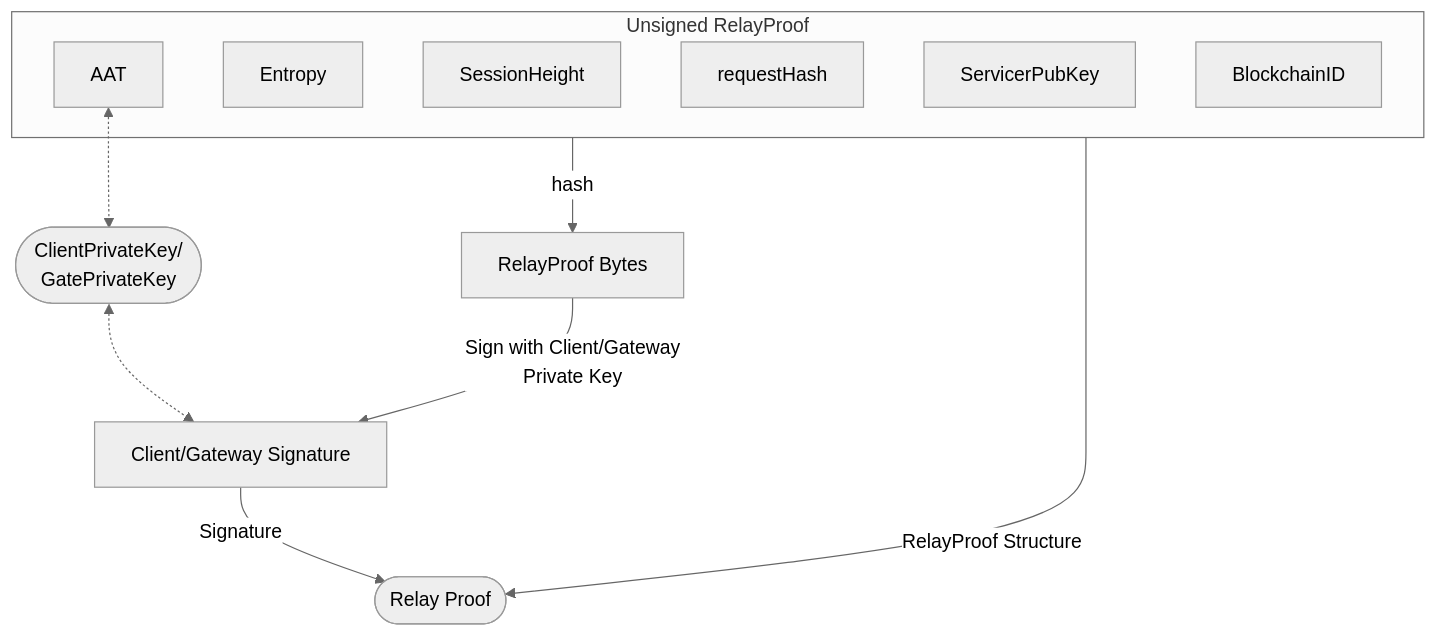
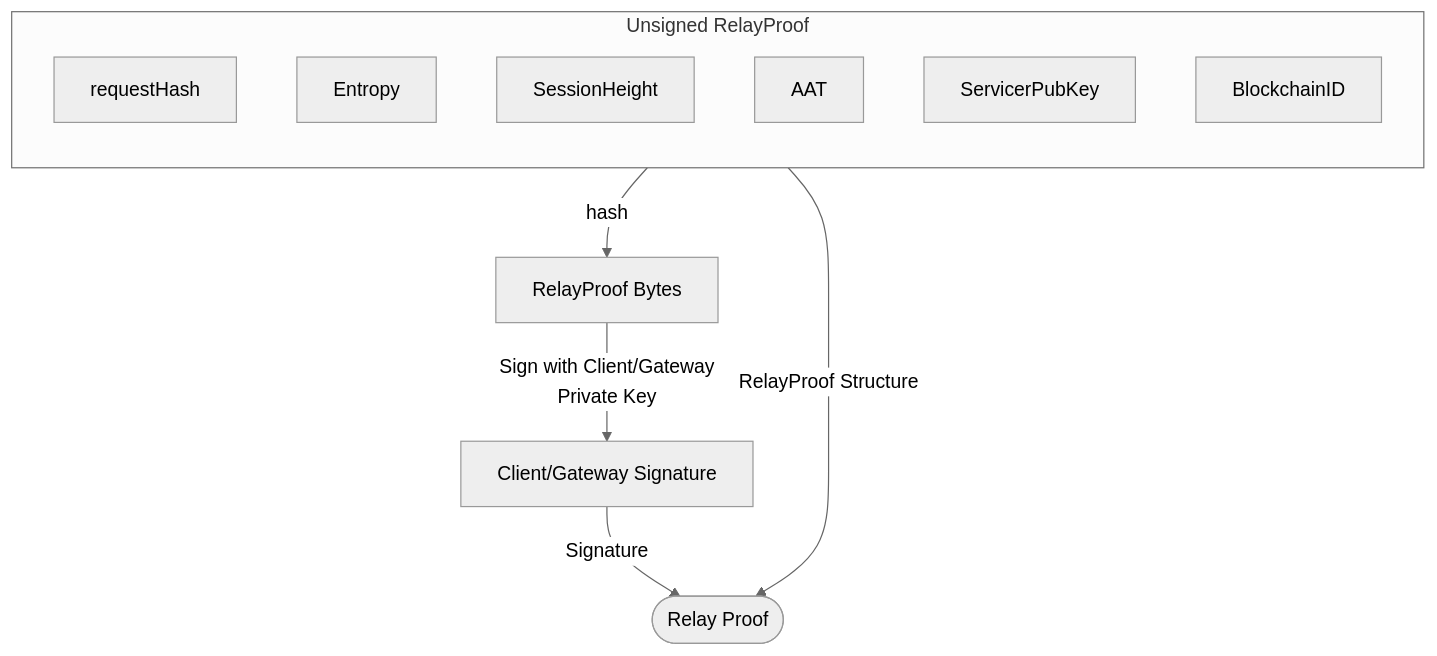
Before and after one commit to pokt-network/pocket-core: the third of 3 diagrams in doc/specs/application-auth-token.md, drawn with Mermaid (neutral theme). The commit also changed other lines of this file and 1 other file, not shown here.

````diff
--- a/doc/specs/application-auth-token.md
+++ b/doc/specs/application-auth-token.md
@@ -138,23 +139,20 @@
 ```mermaid
 flowchart TB
     RP([Relay Proof])
-    CG([ClientPrivateKey/ \n GatePrivateKey])
 
     subgraph RPU["Unsigned RelayProof"]
+        direction TB
         requestHash
         Entropy
         SessionHeight
         AAT
         ServicerPubKey
         BlockchainID
     end
 
-    AAT <-.-> CG
-    CG  <-.-> sig
-
     RPU -- hash --> RPUB["RelayProof Bytes"]
 
     RPUB -- "Sign with Client/Gateway\nPrivate Key" --> sig["Client/Gateway Signature"]
     RPU -- "RelayProof Structure" --> RP
     sig -- Signature --> RP
 ```
````
